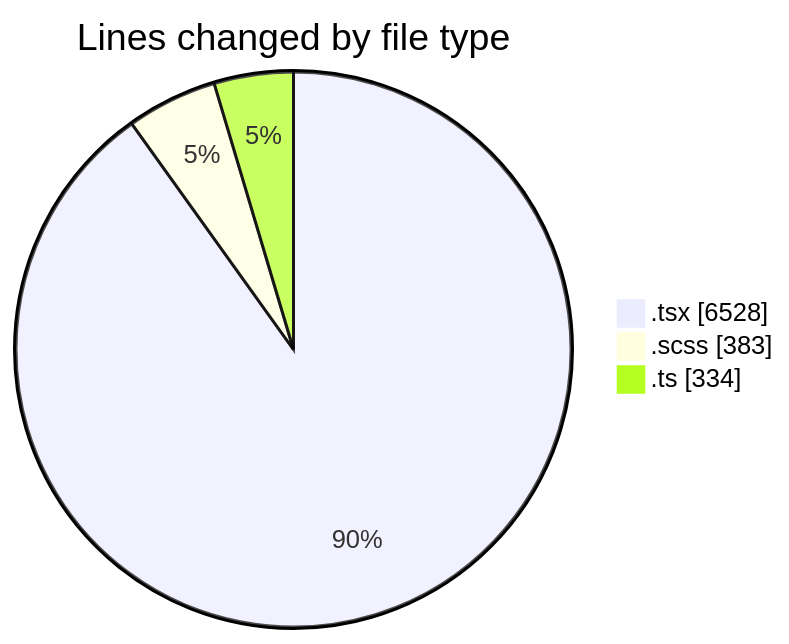
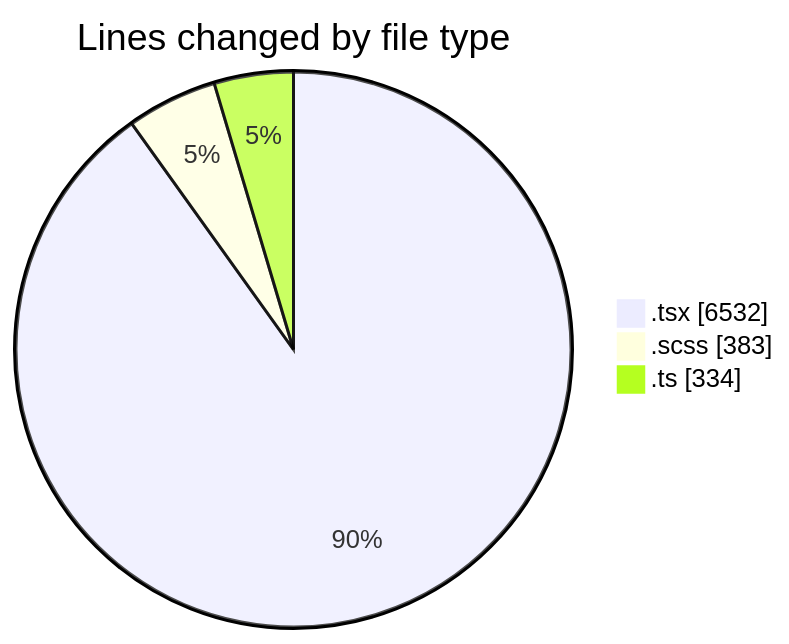
One commit to momahboobian/code-tracking changed the first of 2 diagrams in 2025-07-03/cda/README.md. Above: the diagram before and after it, drawn with Mermaid. The commit also changed other lines of this file and 1 other file, not shown here.

````diff
--- a/2025-07-03/cda/README.md
+++ b/2025-07-03/cda/README.md
@@ -41,7 +41,7 @@
 ```mermaid
 pie showData
 title Lines changed by file type
-".tsx" : 6528
+".tsx" : 6532
 ".scss" : 383
 ".ts" : 334
 ```
````
